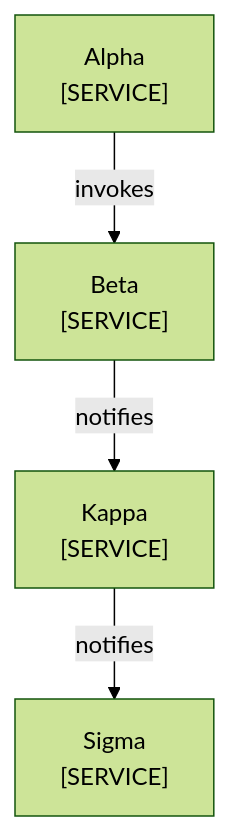
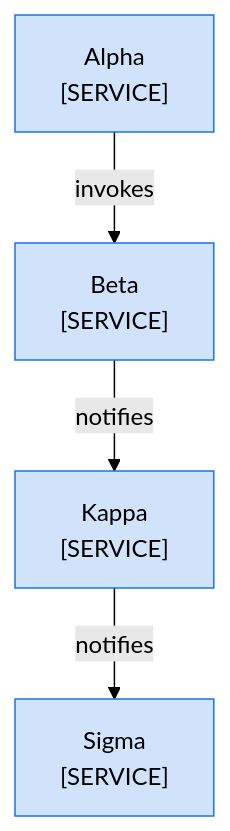
The diagram in skills/docsmith/scripts/fixtures/bad/edge-b.md (choonchernlim/skills), drawn with Mermaid (forest theme) before and after one commit. The commit also changed other lines of this file and 47 other files, not shown here.

First line of the commit message:
feat(docsmith): require owner colors, sequence owner bands, and docs domain folders

````diff
--- a/skills/docsmith/scripts/fixtures/bad/edge-b.md
+++ b/skills/docsmith/scripts/fixtures/bad/edge-b.md
@@ -12,10 +12,13 @@
 ```mermaid
 graph TD
   Alpha["Alpha<br/>[SERVICE]"]
   Beta["Beta<br/>[SERVICE]"]
   Kappa["Kappa<br/>[SERVICE]"]
   Sigma["Sigma<br/>[SERVICE]"]
   Alpha -->|"invokes"| Beta
   Beta -->|"notifies"| Kappa
   Kappa -->|"notifies"| Sigma
+
+  class Alpha,Beta,Kappa,Sigma own
+  classDef own fill:#1a73e833,stroke:#1a73e8
 ```
````
